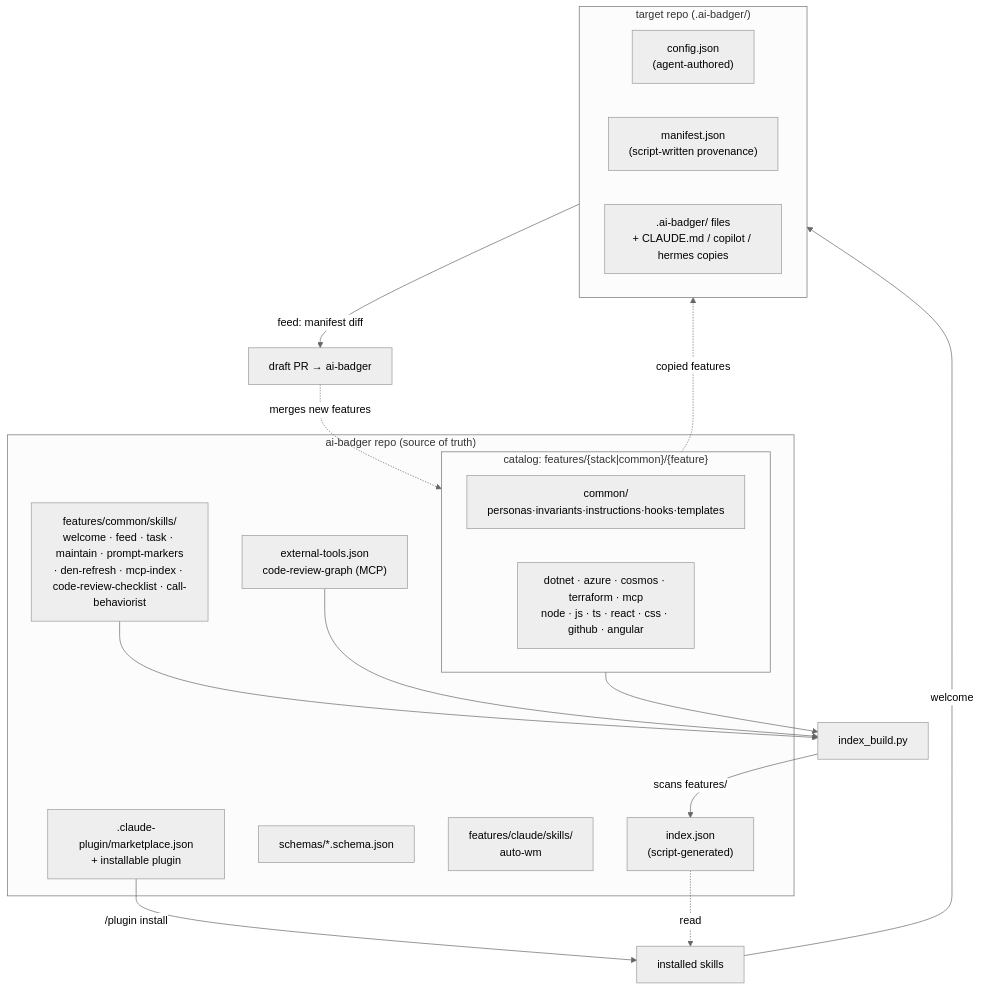
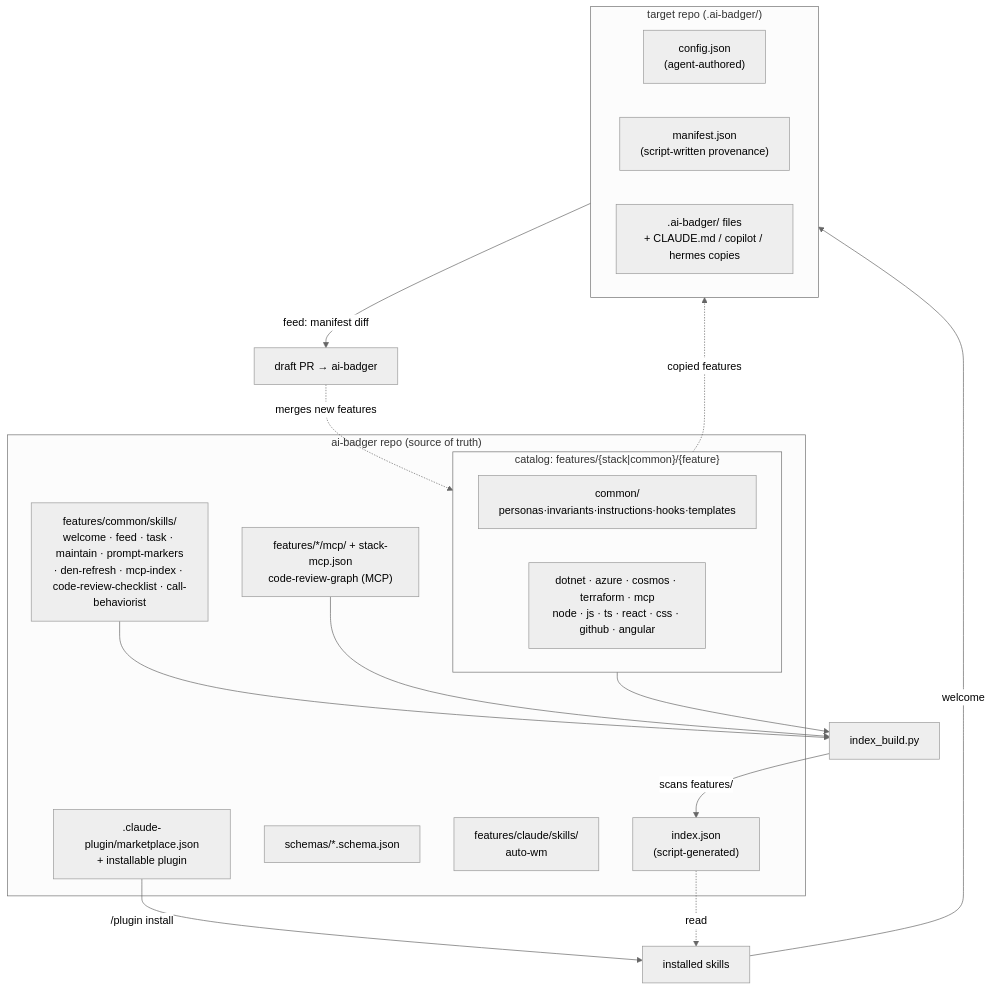
Before and after one commit to Arasz/ai-badger: the diagram in README.md, drawn with Mermaid (neutral theme). The commit also changed other lines of this file and 14 other files, not shown here.

````diff
--- a/README.md
+++ b/README.md
@@ -184,30 +186,30 @@
 ```mermaid
 flowchart TB
   subgraph FW["ai-badger repo (source of truth)"]
     IDX["index.json\n(script-generated)"]
     SCH["schemas/*.schema.json"]
     subgraph CAT["catalog: features/{stack|common}/{feature}"]
       COMMON["common/\npersonas·invariants·instructions·hooks·templates"]
       STACKS["dotnet · azure · cosmos · terraform · mcp\nnode · js · ts · react · css · github · angular"]
     end
     SKILLSDIR["features/common/skills/\nwelcome · feed · task · maintain · prompt-markers\n· den-refresh · mcp-index · code-review-checklist · call-behaviorist"]
     CLAUDESKILLS["features/claude/skills/\nauto-wm"]
-    EXTOOLS["external-tools.json\ncode-review-graph (MCP)"]
+    MCPCAT["features/*/mcp/ + stack-mcp.json\ncode-review-graph (MCP)"]
     MKT[".claude-plugin/marketplace.json\n+ installable plugin"]
   end
   IDXbuild["index_build.py"] -->|scans features/| IDX
   CAT --> IDXbuild
   SKILLSDIR --> IDXbuild
-  EXTOOLS --> IDXbuild
+  MCPCAT --> IDXbuild
   MKT -->|/plugin install| SKILLS["installed skills"]
   IDX -. read .-> SKILLS
   CAT -. copied features .-> PROJ
   subgraph PROJ["target repo (.ai-badger/)"]
     CFG["config.json\n(agent-authored)"]
     MAN["manifest.json\n(script-written provenance)"]
     OUT[".ai-badger/ files\n+ CLAUDE.md / copilot / hermes copies"]
   end
   SKILLS -->|welcome| PROJ
   PROJ -->|feed: manifest diff| PRD["draft PR → ai-badger"]
   PRD -. merges new features .-> CAT
 ```
````
